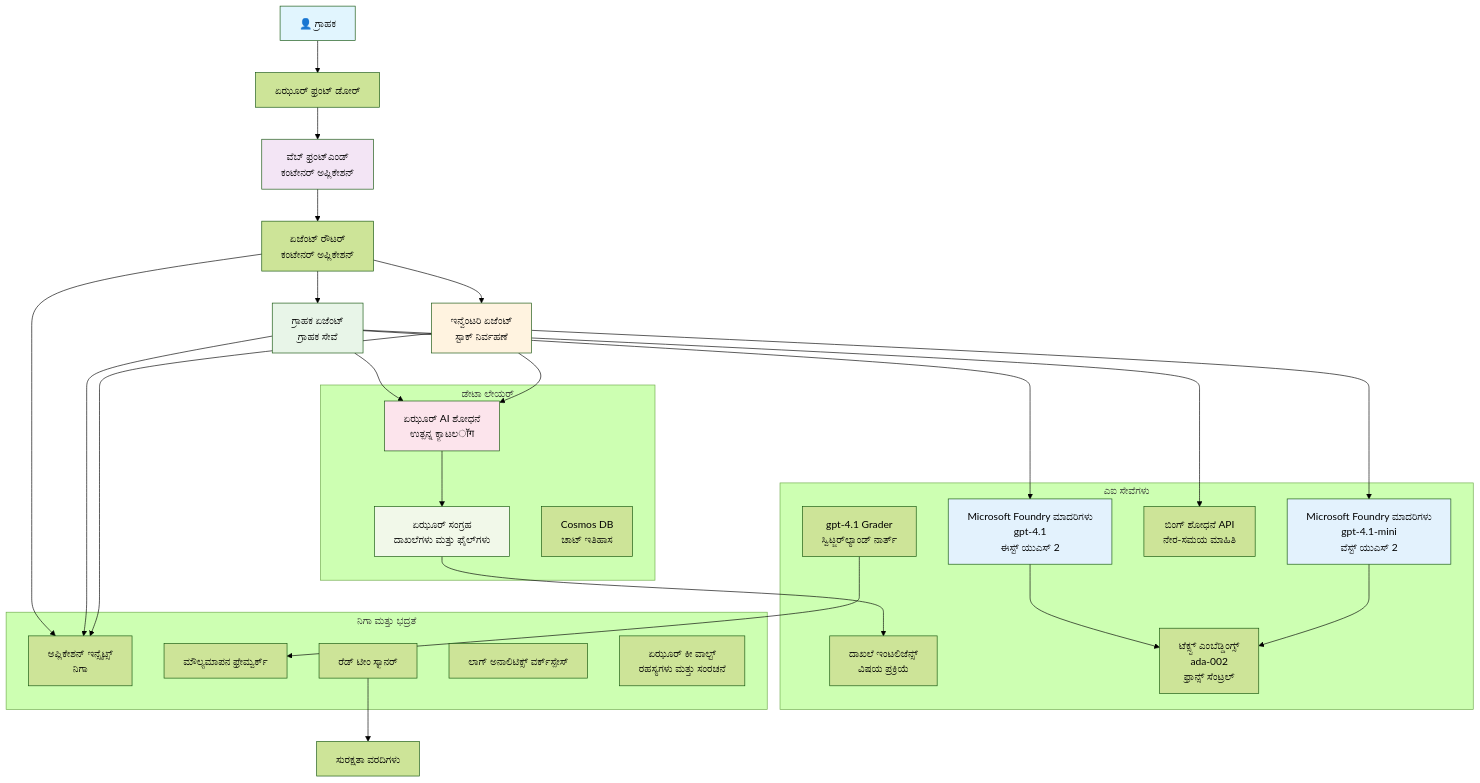
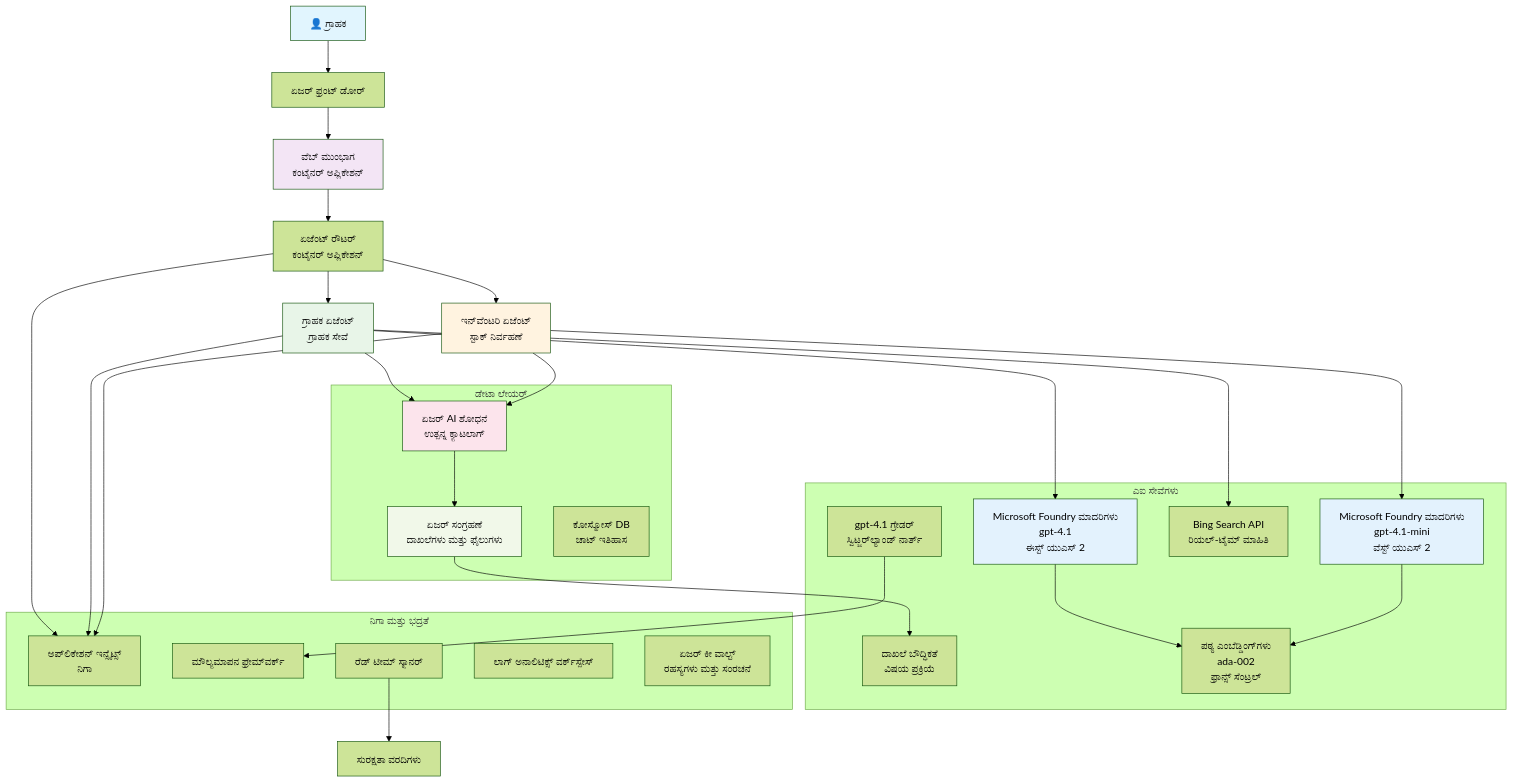
One commit to microsoft/AZD-for-beginners changed the diagram in translations/kn/examples/retail-scenario.md. Above: the diagram before and after it, drawn with Mermaid (forest theme). The commit also changed other lines of this file and 104 other files, not shown here.

````diff
--- a/translations/kn/examples/retail-scenario.md
+++ b/translations/kn/examples/retail-scenario.md
@@ -139,61 +139,61 @@
 ```mermaid
 graph TB
-    User[👤 ಗ್ರಾಹಕ] --> LB[ಏಝೂರ್ ಫ್ರಂಟ್ ಡೋರ್]
-    LB --> WebApp[ವೆಬ್ ಫ್ರಂಟ್‌ಎಂಡ್<br/>ಕಂಟೇನರ್ ಅಪ್ಲಿಕೇಶನ್]
+    User[👤 ಗ್ರಾಹಕ] --> LB[ಏಜರ್ ಫ್ರಂಟ್ ಡೋರ್]
+    LB --> WebApp[ವೆಬ್ ಮುಂಭಾಗ<br/>ಕಂಟೈನರ್ ಅಪ್ಲಿಕೇಶನ್]
     
-    WebApp --> Router[ಏಜೆಂಟ್ ರೌಟರ್<br/>ಕಂಟೇನರ್ ಅಪ್ಲಿಕೇಶನ್]
+    WebApp --> Router[ಏಜೆಂಟ್ ರೌಟರ್<br/>ಕಂಟೈನರ್ ಅಪ್ಲಿಕೇಶನ್]
     Router --> CustomerAgent[ಗ್ರಾಹಕ ಏಜೆಂಟ್<br/>ಗ್ರಾಹಕ ಸೇವೆ]
-    Router --> InvAgent[ಇನ್ವೆಂಟರಿ ಏಜೆಂಟ್<br/>ಸ್ಟಾಕ್ ನಿರ್ವಹಣೆ]
+    Router --> InvAgent[ಇನ್‌ವೆಂಟರಿ ಏಜೆಂಟ್<br/>ಸ್ಟಾಕ್ ನಿರ್ವಹಣೆ]
     
     CustomerAgent --> OpenAI1[Microsoft Foundry ಮಾದರಿಗಳು<br/>gpt-4.1<br/>ಈಸ್ಟ್ ಯುಎಸ್ 2]
     InvAgent --> OpenAI2[Microsoft Foundry ಮಾದರಿಗಳು<br/>gpt-4.1-mini<br/>ವೆಸ್ಟ್ ಯುಎಸ್ 2]
     
-    CustomerAgent --> AISearch[ಏಝೂರ್ AI ಶೋಧನೆ<br/>ಉತ್ಪನ್ನ ಕ್ಯಾಟಲॉग]
-    CustomerAgent --> BingSearch[ಬಿಂಗ್ ಶೋಧನೆ API<br/>ನೇರ-ಸಮಯ ಮಾಹಿತಿ]
+    CustomerAgent --> AISearch[ಏಜರ್ AI ಶೋಧನೆ<br/>ಉತ್ಪನ್ನ ಕ್ಯಾಟಲಾಗ್]
+    CustomerAgent --> BingSearch[Bing Search API<br/>ರಿಯಲ್-ಟೈಮ್ ಮಾಹಿತಿ]
     InvAgent --> AISearch
     
-    AISearch --> Storage[ಏಝೂರ್ ಸಂಗ್ರಹ<br/>ದಾಖಲೆಗಳು ಮತ್ತು ಫೈಲ್‌ಗಳು]
-    Storage --> DocIntel[ದಾಖಲೆ ಇಂಟಲಿಜೆನ್ಸ್<br/>ವಿಷಯ ಪ್ರಕ್ರಿಯೆ]
+    AISearch --> Storage[ಏಜರ್ ಸಂಗ್ರಹಣೆ<br/>ದಾಖಲೆಗಳು ಮತ್ತು ಫೈಲುಗಳು]
+    Storage --> DocIntel[ದಾಖಲೆ ಬೌದ್ಧಿಕತೆ<br/>ವಿಷಯ ಪ್ರಕ್ರಿಯೆ]
     
-    OpenAI1 --> Embeddings[ಟೆಕ್ಸ್ಟ್ ಎಂಬೆಡ್ಡಿಂಗ್ಸ್<br/>ada-002<br/>ಫ್ರಾನ್ಸ್ ಸೆಂಟ್ರಲ್]
+    OpenAI1 --> Embeddings[ಪಠ್ಯ ಎಂಬೆಡ್ಡಿಂಗ್‌ಗಳು<br/>ada-002<br/>ಫ್ರಾನ್ಸ್ ಸೆಂಟ್ರಲ್]
     OpenAI2 --> Embeddings
     
-    Router --> AppInsights[ಅಪ್ಲಿಕೇಶನ್ ಇನ್ಸೈಟ್ಸ್<br/>ನಿಗಾ]
+    Router --> AppInsights[ಅಪ್‌ಲಿಕೇಶನ್ ಇನ್ಸೈಟ್ಸ್<br/>ನಿಗಾ]
     CustomerAgent --> AppInsights
     InvAgent --> AppInsights
     
-    GraderModel[gpt-4.1 Grader<br/>ಸ್ವಿಟ್ಜರ್‌ಲ್ಯಾಂಡ್ ನಾರ್ತ್] --> Evaluation[ಮೌಲ್ಯಮಾಪನ ಫ್ರೇಮ್ವರ್ಕ್]
-    RedTeam[ರೆಡ್ ಟೀಂ ಸ್ಕ್ಯಾನರ್] --> SecurityReports[ಸುರಕ್ಷತಾ ವರದಿಗಳು]
+    GraderModel[gpt-4.1 ಗ್ರೇಡರ್<br/>ಸ್ವಿಟ್ಜರ್‌ಲ್ಯಾಂಡ್ ನಾರ್ತ್] --> Evaluation[ಮೌಲ್ಯಮಾಪನ ಫ್ರೇಮ್‌ವರ್ಕ್]
+    RedTeam[ರೆಡ್ ಟೀಮ್ ಸ್ಕ್ಯಾನರ್] --> SecurityReports[ಸುರಕ್ಷತಾ ವರದಿಗಳು]
     
     subgraph "ಡೇಟಾ ಲೇಯರ್"
         Storage
         AISearch
-        CosmosDB[Cosmos DB<br/>ಚಾಟ್ ಇತಿಹಾಸ]
+        CosmosDB[ಕೋಸ್ಮೋಸ್ DB<br/>ಚಾಟ್ ಇತಿಹಾಸ]
     end
     
     subgraph "ಎಐ ಸೇವೆಗಳು"
         OpenAI1
         OpenAI2
         Embeddings
         GraderModel
         DocIntel
         BingSearch
     end
     
     subgraph "ನಿಗಾ ಮತ್ತು ಭದ್ರತೆ"
         AppInsights
         LogAnalytics[ಲಾಗ್ ಅನಾಲಿಟಿಕ್ಸ್ ವರ್ಕ್‌ಸ್ಪೇಸ್]
-        KeyVault[ಏಝೂರ್ ಕೀ ವಾಲ್ಟ್<br/>ರಹಸ್ಯಗಳು ಮತ್ತು ಸಂರಚನೆ]
+        KeyVault[ಏಜರ್ ಕೀ ವಾಲ್ಟ್<br/>ರಹಸ್ಯಗಳು ಮತ್ತು ಸಂರಚನೆ]
         RedTeam
         Evaluation
     end
     
     style User fill:#e1f5fe
     style WebApp fill:#f3e5f5
     style CustomerAgent fill:#e8f5e8
     style InvAgent fill:#fff3e0
     style OpenAI1 fill:#e3f2fd
     style OpenAI2 fill:#e3f2fd
     style AISearch fill:#fce4ec
     style Storage fill:#f1f8e9
 ```
````
